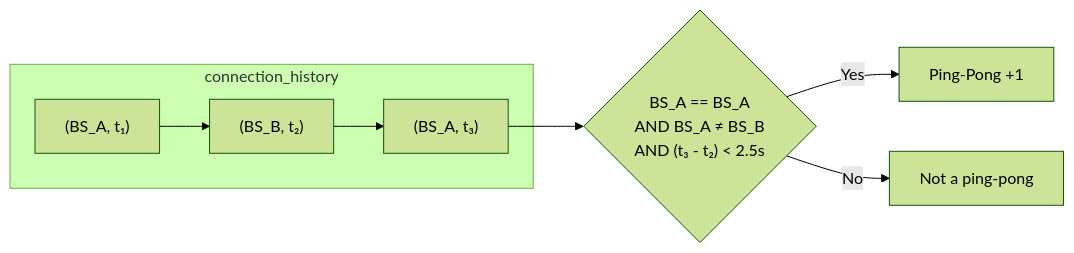
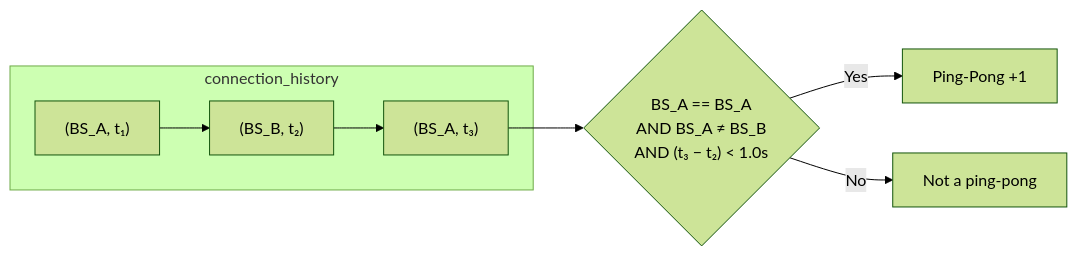
Before and after one commit to HoualefAkram/5g-handover-ddqn: diagram 12 of 14 in architecture.md, drawn with Mermaid (forest theme). The commit also changed other lines of this file and 1 other file, not shown here.

````diff
--- a/architecture.md
+++ b/architecture.md
@@ -328,15 +332,15 @@
 ```mermaid
 graph LR
     subgraph HISTORY["connection_history"]
         H1["(BS_A, t₁)"]
         H2["(BS_B, t₂)"]
         H3["(BS_A, t₃)"]
     end
 
     H1 --> H2 --> H3
 
-    CHECK{"BS_A == BS_A\nAND BS_A ≠ BS_B\nAND (t₃ - t₂) < 2.5s"}
+    CHECK{"BS_A == BS_A\nAND BS_A ≠ BS_B\nAND (t₃ − t₂) < 1.0s"}
     H3 --> CHECK
     CHECK -->|Yes| PP["Ping-Pong +1"]
     CHECK -->|No| SKIP["Not a ping-pong"]
 ```
````
